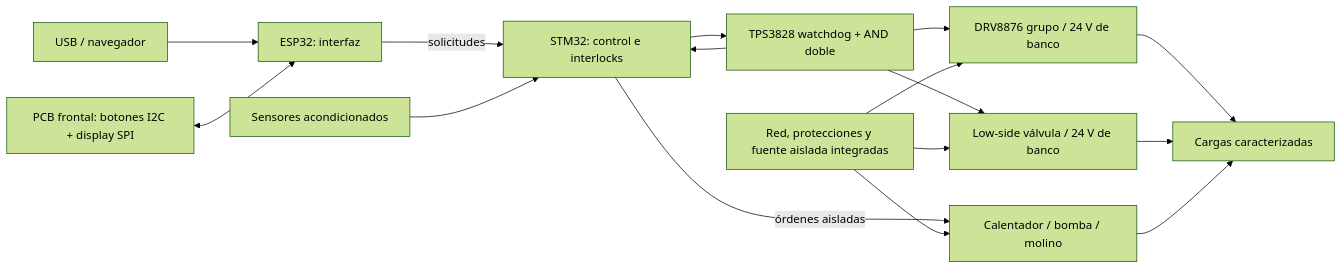
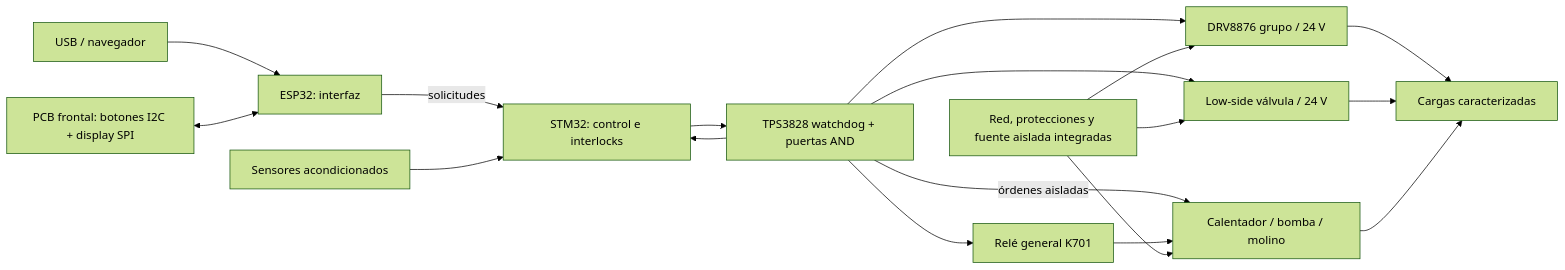
Before and after one commit to itorralbo/open-saeco-controller: the diagram in docs/architecture.md, drawn with Mermaid (forest theme). The commit also changed other lines of this file and 40 other files, not shown here.

````diff
--- a/docs/architecture.md
+++ b/docs/architecture.md
@@ -27,18 +30,20 @@
 ```mermaid
 flowchart LR
     U[USB / navegador] --> E[ESP32: interfaz]
     F[PCB frontal: botones I2C + display SPI] <--> E
     E -->|solicitudes| S[STM32: control e interlocks]
     I[Sensores acondicionados] --> S
-    W[TPS3828 watchdog + AND doble] --> S
-    W --> G[DRV8876 grupo / 24 V de banco]
-    W --> V[Low-side válvula / 24 V de banco]
+    W[TPS3828 watchdog + puertas AND] --> S
+    W --> G[DRV8876 grupo / 24 V]
+    W --> V[Low-side válvula / 24 V]
+    W --> K[Relé general K701]
     S --> W
-    S -->|órdenes aisladas| P[Calentador / bomba / molino]
+    W -->|órdenes aisladas| P[Calentador / bomba / molino]
+    K --> P
     G --> C[Cargas caracterizadas]
     V --> C
     P --> C[Cargas caracterizadas]
     H[Red, protecciones y fuente aislada integradas] --> P
     H --> G
     H --> V
 ```
````
